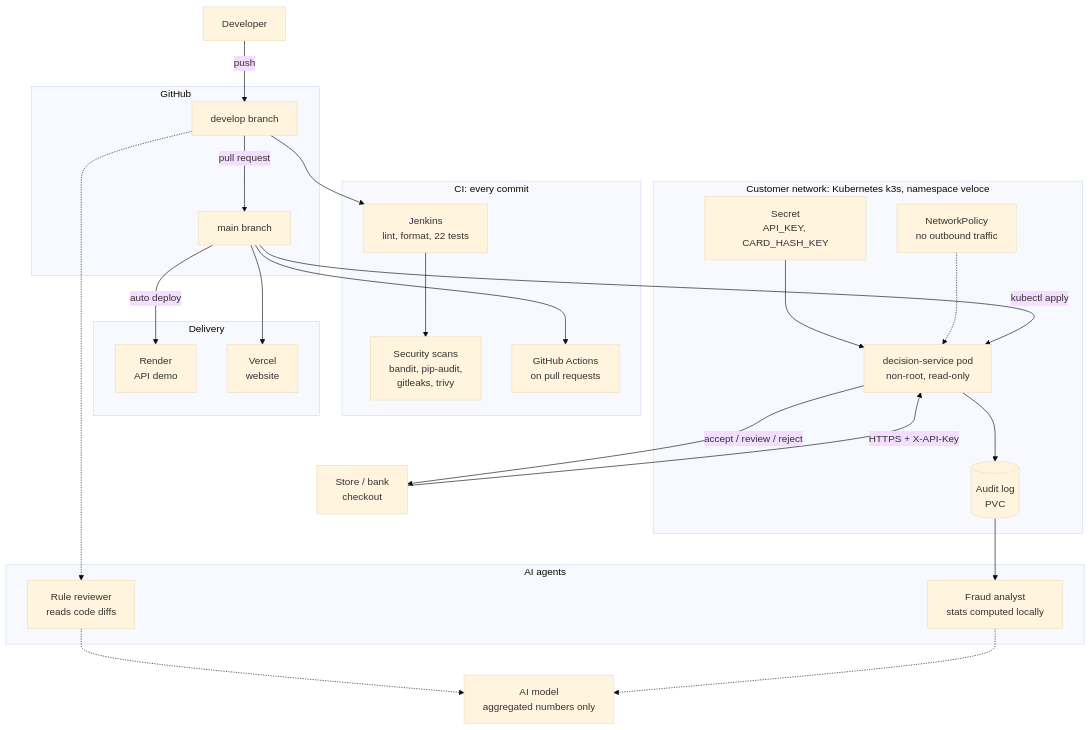
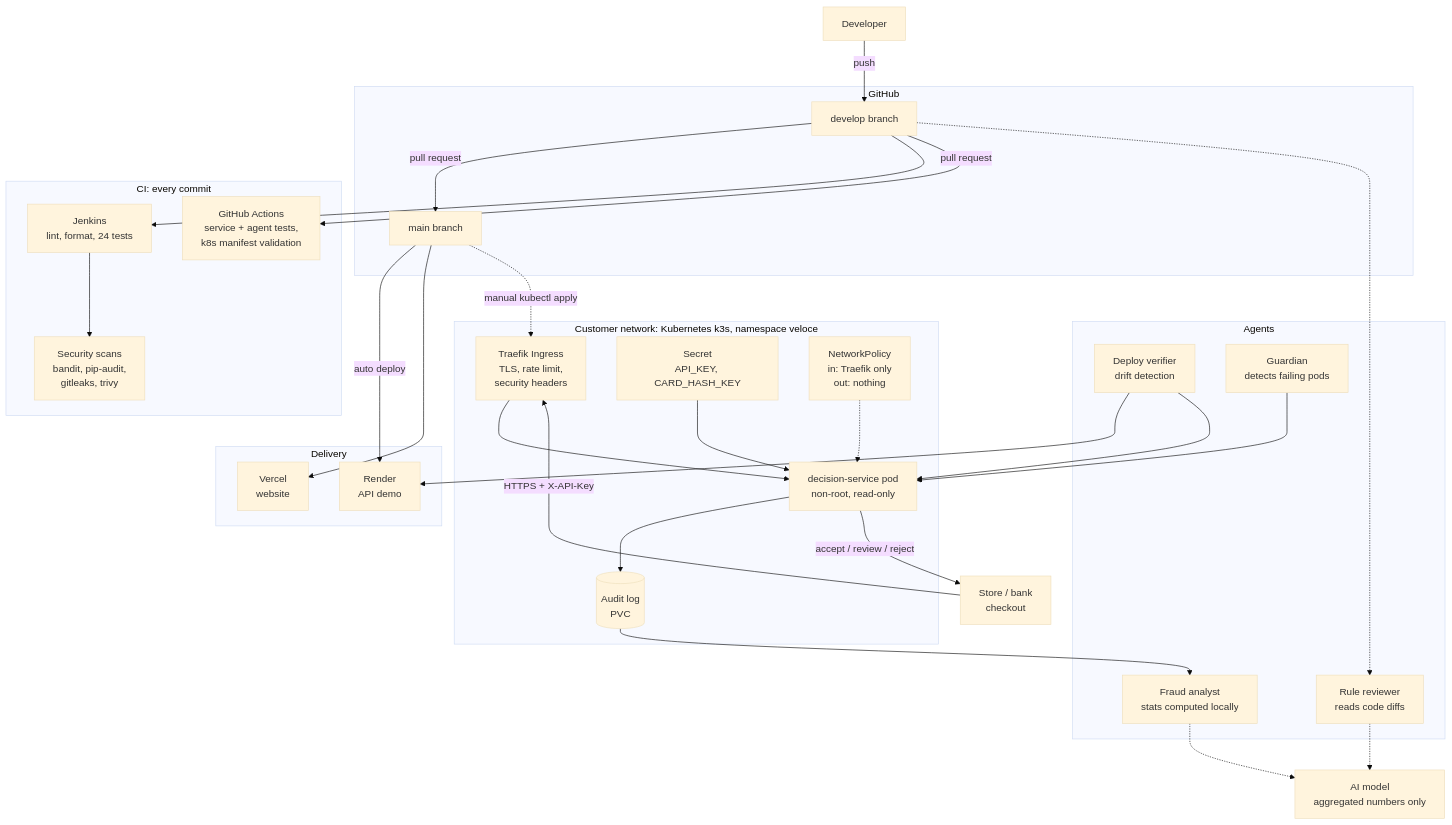
Before and after one commit to saroatov2910/welos-ai: the first of 3 diagrams in README.md, drawn with Mermaid (base theme). The commit also changed other lines of this file, not shown here.

````diff
--- a/README.md
+++ b/README.md
@@ -19,53 +19,60 @@
 ```mermaid
 flowchart TB
     dev["Developer"]
 
     subgraph git["GitHub"]
         develop["develop branch"]
         main["main branch"]
         develop -->|"pull request"| main
     end
 
     subgraph ci["CI: every commit"]
-        jenkins["Jenkins<br/>lint, format, 22 tests"]
+        jenkins["Jenkins<br/>lint, format, 24 tests"]
         scans["Security scans<br/>bandit, pip-audit,<br/>gitleaks, trivy"]
-        gha["GitHub Actions<br/>on pull requests"]
+        gha["GitHub Actions<br/>service + agent tests,<br/>k8s manifest validation"]
         jenkins --> scans
     end
 
     subgraph cd["Delivery"]
         render["Render<br/>API demo"]
         vercel["Vercel<br/>website"]
     end
 
     subgraph k8s["Customer network: Kubernetes k3s, namespace veloce"]
+        traefik["Traefik Ingress<br/>TLS, rate limit,<br/>security headers"]
         pod["decision-service pod<br/>non-root, read-only"]
         secret["Secret<br/>API_KEY, CARD_HASH_KEY"]
         pvc[("Audit log<br/>PVC")]
-        np["NetworkPolicy<br/>no outbound traffic"]
+        np["NetworkPolicy<br/>in: Traefik only<br/>out: nothing"]
+        traefik --> pod
         secret --> pod
         pod --> pvc
         np -.-> pod
     end
 
-    subgraph agents["AI agents"]
+    subgraph agents["Agents"]
+        verifier["Deploy verifier<br/>drift detection"]
+        guardian["Guardian<br/>detects failing pods"]
         reviewer["Rule reviewer<br/>reads code diffs"]
         analyst["Fraud analyst<br/>stats computed locally"]
     end
 
     store["Store / bank<br/>checkout"]
     model["AI model<br/>aggregated numbers only"]
 
     dev -->|push| develop
     develop --> jenkins
-    main --> gha
+    develop -->|"pull request"| gha
     main -->|"auto deploy"| render
     main --> vercel
-    main -->|"kubectl apply"| pod
-    store -->|"HTTPS + X-API-Key"| pod
+    main -.->|"manual kubectl apply"| traefik
+    store -->|"HTTPS + X-API-Key"| traefik
     pod -->|"accept / review / reject"| store
+    verifier --> render
+    verifier --> pod
+    guardian --> pod
     develop -.-> reviewer
     pvc --> analyst
     reviewer -.-> model
     analyst -.-> model
 ```
````
